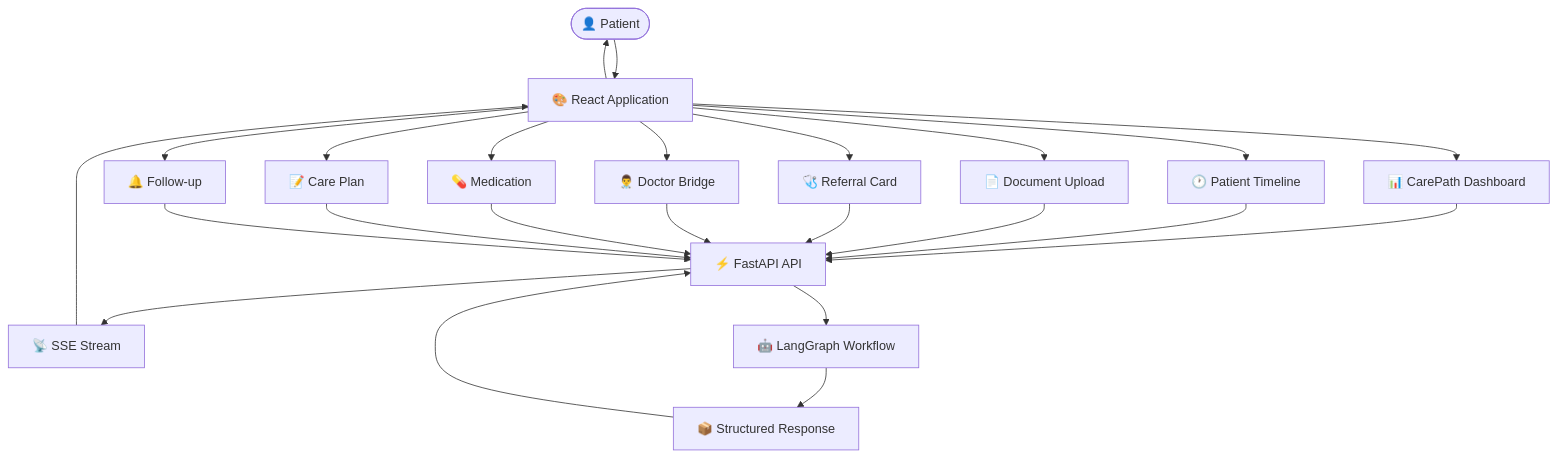
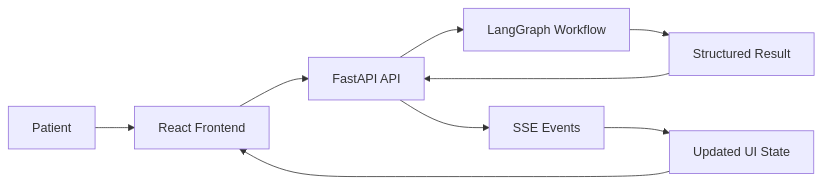
The fifth of 16 diagrams in README.md (IlIGODIlI/CarePath-AI), drawn with Mermaid before and after one commit. The commit also changed other lines of this file, not shown here.

````diff
--- a/README.md
+++ b/README.md
@@ -399,61 +421,19 @@
 ```mermaid
-flowchart TD
-
-    PATIENT(["👤 Patient"])
-
-    UI["🎨 React Application"]
-
-    DASH["📊 CarePath Dashboard"]
-
-    TIMELINE["🕐 Patient Timeline"]
-
-    DOCUMENTS["📄 Document Upload"]
-
-    REFERRAL["🩺 Referral Card"]
-
-    DOCTOR["👨‍⚕️ Doctor Bridge"]
-
-    MEDICATION["💊 Medication"]
-
-    CARE["📝 Care Plan"]
-
-    FOLLOWUP["🔔 Follow-up"]
-
-    API["⚡ FastAPI API"]
-
-    SSE["📡 SSE Stream"]
-
-    AGENTS["🤖 LangGraph Workflow"]
-
-    RESULT["📦 Structured Response"]
+flowchart LR
+    PATIENT["Patient"]
+    UI["React Frontend"]
+    API["FastAPI API"]
+    WORKFLOW["LangGraph Workflow"]
+    RESULT["Structured Result"]
+    SSE["SSE Events"]
+    UI_STATE["Updated UI State"]
 
     PATIENT --> UI
-
-    UI --> DASH
-    UI --> TIMELINE
-    UI --> DOCUMENTS
-    UI --> REFERRAL
-    UI --> DOCTOR
-    UI --> MEDICATION
-    UI --> CARE
-    UI --> FOLLOWUP
-
-    DASH --> API
-    TIMELINE --> API
-    DOCUMENTS --> API
-    REFERRAL --> API
-    DOCTOR --> API
-    MEDICATION --> API
-    CARE --> API
-    FOLLOWUP --> API
-
-    API --> AGENTS
-
-    AGENTS --> RESULT
+    UI --> API
+    API --> WORKFLOW
+    WORKFLOW --> RESULT
     RESULT --> API
-
     API --> SSE
-    SSE --> UI
-
-    UI --> PATIENT
+    SSE --> UI_STATE
+    UI_STATE --> UI
 ```
````
